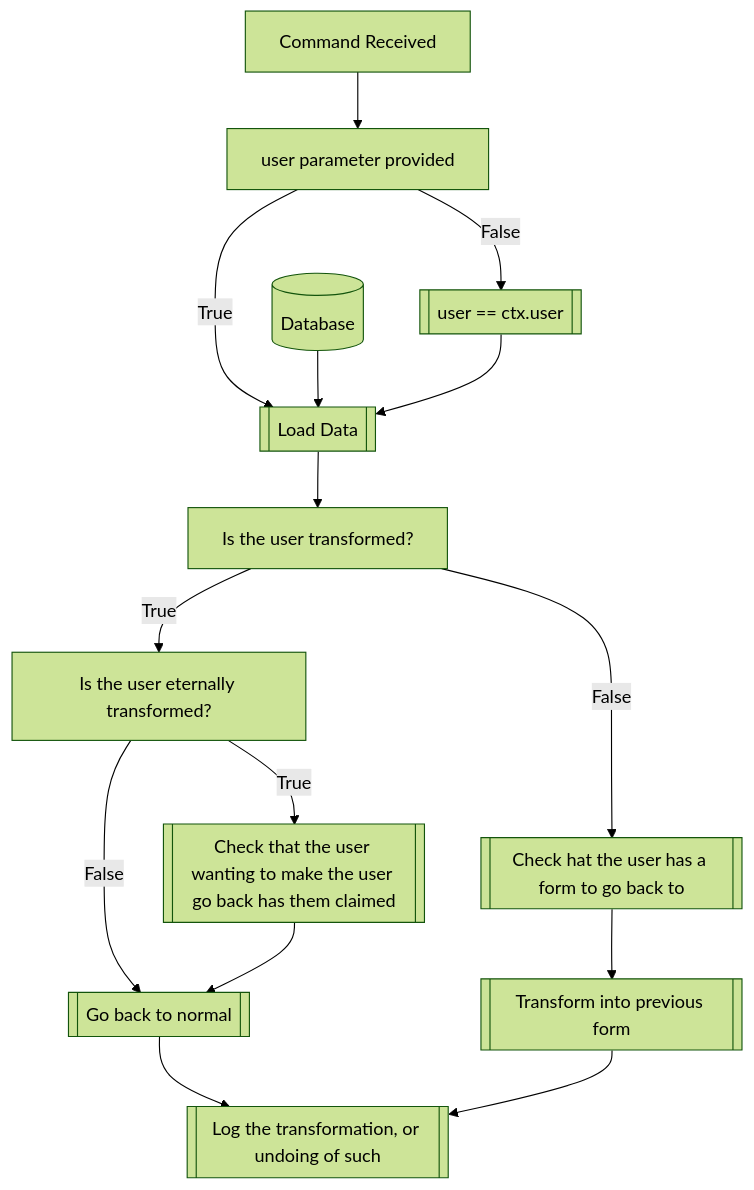
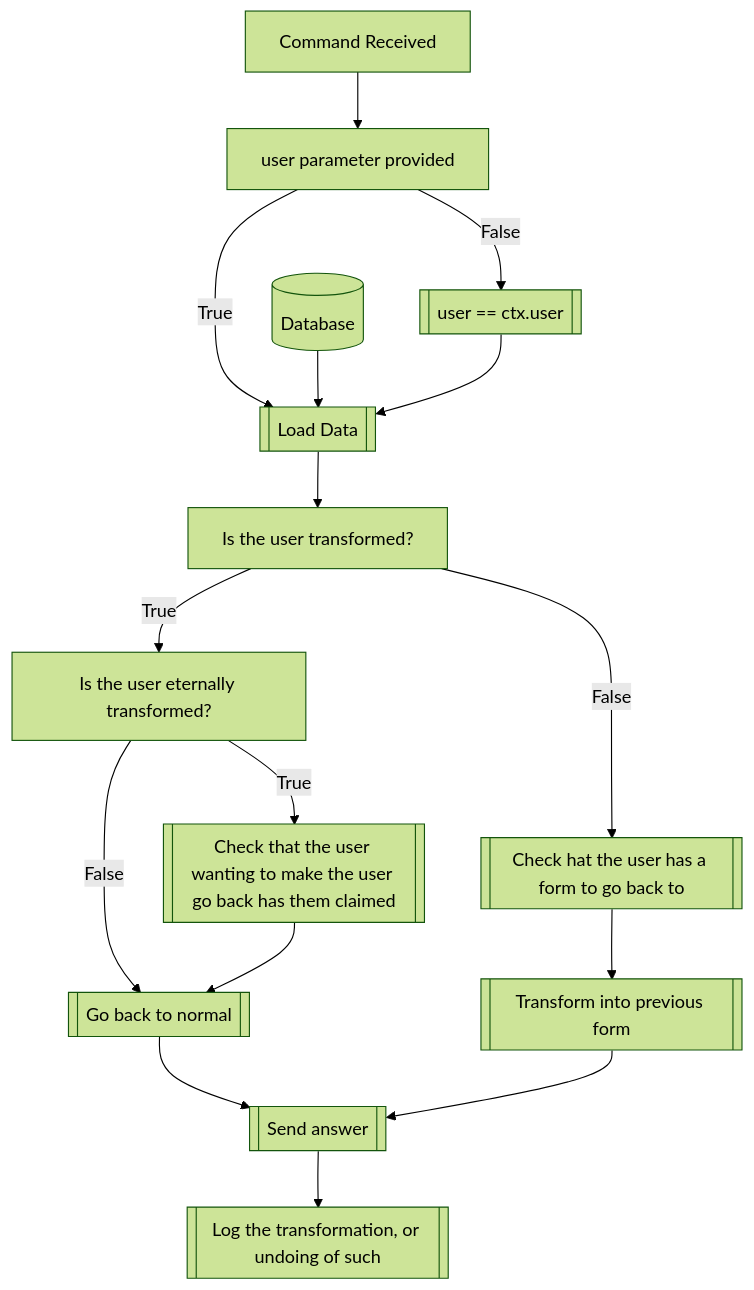
The diagram in docs/commands/transformation/goback.md (dorythecat/TransforMate), drawn with Mermaid (forest theme) before and after one commit. The commit also changed 5 other files, not shown here.

Commit message:
Fixed flowcharts and some typos

````diff
--- a/docs/commands/transformation/goback.md
+++ b/docs/commands/transformation/goback.md
@@ -16,17 +16,18 @@
 ```mermaid
 flowchart TD
     CommandReceived[Command Received] --> CheckUser[user parameter provided]
     CheckUser --> |False| AssignUser[[user == ctx.user]]
     CheckUser --> |True| LoadData[[Load Data]]
     Database[(Database)] --> LoadData
     AssignUser --> LoadData
     LoadData --> CheckTransformed[Is the user transformed?]
     CheckTransformed --> |False| CheckPrevious[[Check hat the user has a form to go back to]]
     CheckPrevious --> TransformPrevious[[Transform into previous form]]
     CheckTransformed --> |True| CheckEternal[Is the user eternally transformed?]
     CheckEternal --> |False| GoBack[[Go back to normal]]
     CheckEternal --> |True| CheckClaim[[Check that the user wanting to make the user go back has them claimed]]
     CheckClaim --> GoBack
-    GoBack --> Log[[Log the transformation, or undoing of such]]
-    TransformPrevious --> Log
+    GoBack --> SendAnswer[[Send answer]]
+    TransformPrevious --> SendAnswer
+    SendAnswer --> Log[[Log the transformation, or undoing of such]]
 ```
````
